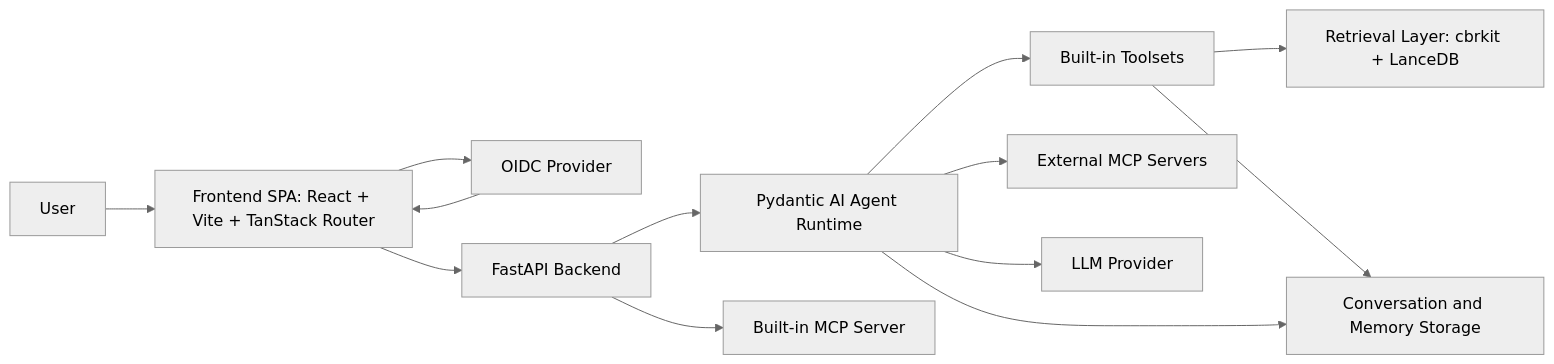
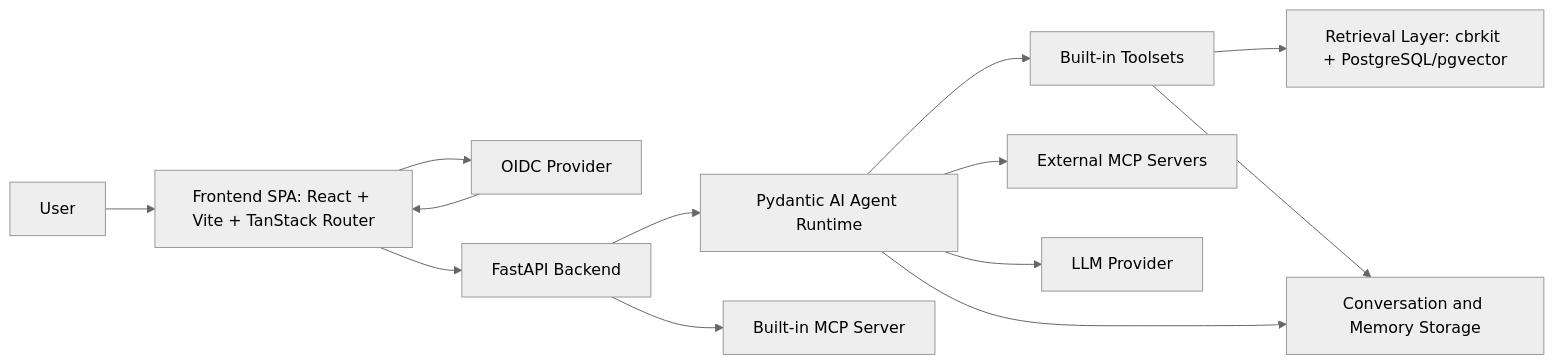
One commit to dfki-ebls/hivegent changed the first of 3 diagrams in ARCHITECTURE.md. Above: the diagram before and after it, drawn with Mermaid (neutral theme). The commit also changed other lines of this file and 39 other files, not shown here.

````diff
--- a/ARCHITECTURE.md
+++ b/ARCHITECTURE.md
@@ -43,27 +43,27 @@
 ```mermaid
 flowchart LR
     end_user[User]
     frontend_spa[Frontend SPA: React + Vite + TanStack Router]
     oidc_provider[OIDC Provider]
     fastapi_backend[FastAPI Backend]
     pydantic_ai_agent_runtime[Pydantic AI Agent Runtime]
     built_in_toolsets[Built-in Toolsets]
     external_mcp_servers[External MCP Servers]
     built_in_mcp_server[Built-in MCP Server]
-    retrieval_layer[Retrieval Layer: cbrkit + LanceDB]
+    retrieval_layer[Retrieval Layer: cbrkit + PostgreSQL/pgvector]
     conversation_memory_storage[Conversation and Memory Storage]
     llm_provider[LLM Provider]
 
     end_user --> frontend_spa
     frontend_spa --> oidc_provider
     oidc_provider --> frontend_spa
     frontend_spa --> fastapi_backend
     fastapi_backend --> pydantic_ai_agent_runtime
     pydantic_ai_agent_runtime --> built_in_toolsets
     pydantic_ai_agent_runtime --> external_mcp_servers
     fastapi_backend --> built_in_mcp_server
     built_in_toolsets --> retrieval_layer
     built_in_toolsets --> conversation_memory_storage
     pydantic_ai_agent_runtime --> conversation_memory_storage
     pydantic_ai_agent_runtime --> llm_provider
 ```
````
